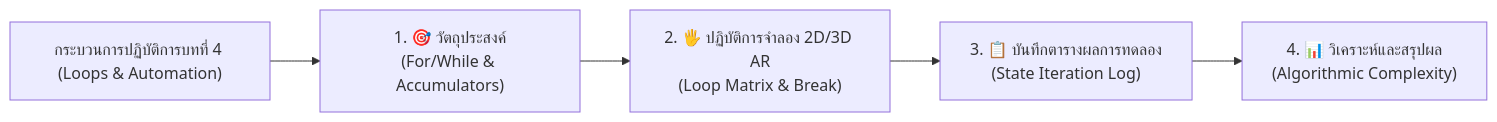
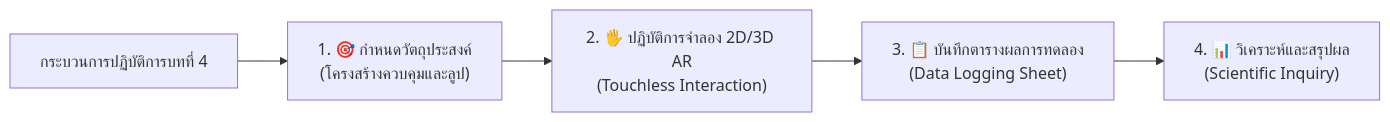
One commit to Tsanaphy2023/computing-science changed the diagram in book1_chapters/lab_manual_chapter04_ar_mediapipe.md. Above: the diagram before and after it, drawn with Mermaid. The commit also changed other lines of this file and 13 other files, not shown here.

````diff
--- a/book1_chapters/lab_manual_chapter04_ar_mediapipe.md
+++ b/book1_chapters/lab_manual_chapter04_ar_mediapipe.md
@@ -10,11 +10,11 @@
 ```mermaid
 graph LR
-    LAB["กระบวนการปฏิบัติการบทที่ 4 (Loops & Automation)"] --> S1["1. 🎯 วัตถุประสงค์
-(For/While & Accumulators)"]
+    LAB["กระบวนการปฏิบัติการบทที่ 4"] --> S1["1. 🎯 กำหนดวัตถุประสงค์
+(โครงสร้างควบคุมและลูป)"]
     S1 --> S2["2. 🖐️ ปฏิบัติการจำลอง 2D/3D AR
-(Loop Matrix & Break)"]
+(Touchless Interaction)"]
     S2 --> S3["3. 📋 บันทึกตารางผลการทดลอง
-(State Iteration Log)"]
+(Data Logging Sheet)"]
     S3 --> S4["4. 📊 วิเคราะห์และสรุปผล
-(Algorithmic Complexity)"]
+(Scientific Inquiry)"]
 ```
````
